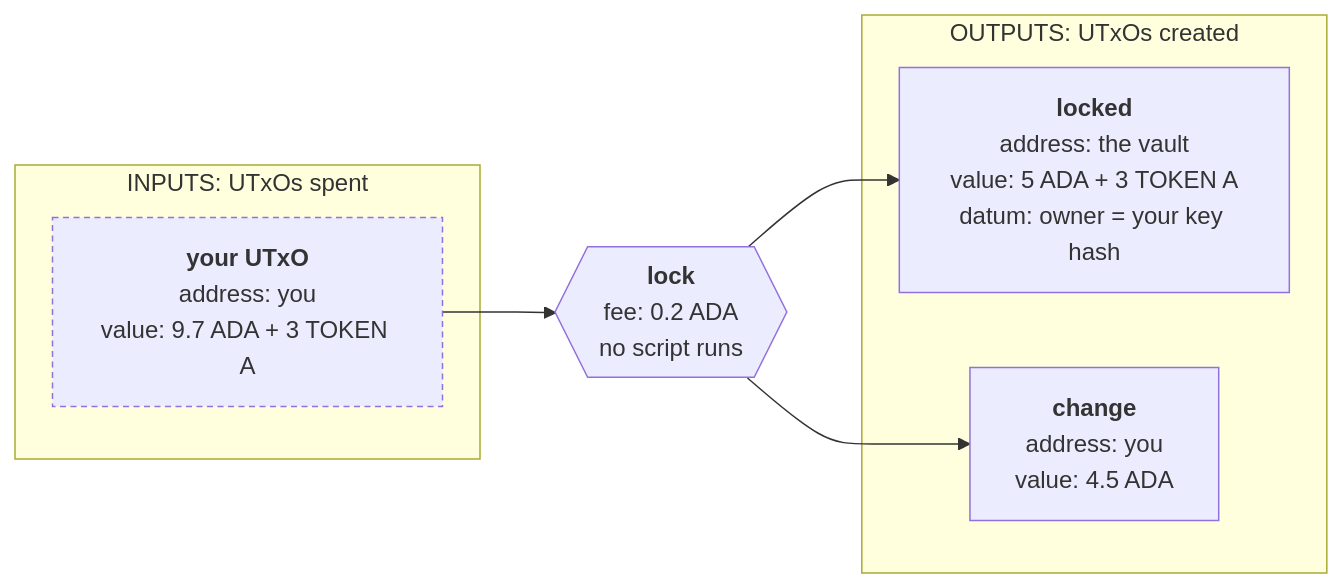
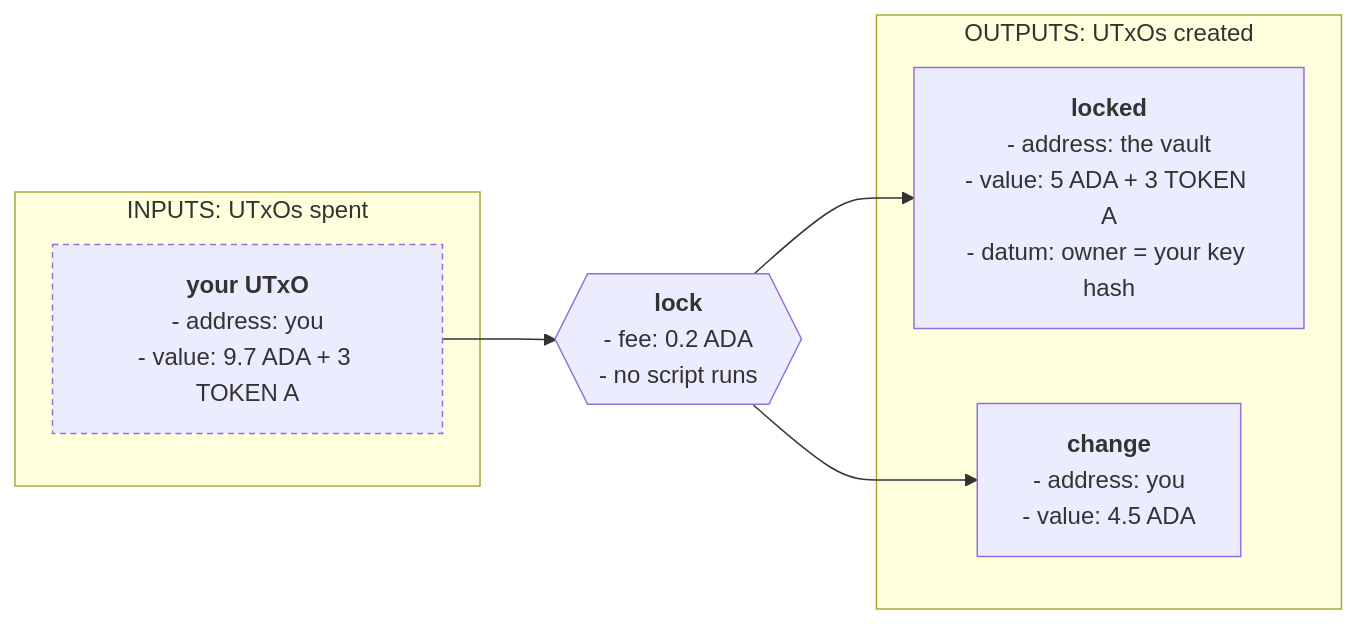
One commit to cardano-foundation/developer-portal changed the third of 6 diagrams in docs/developers/onboarding/lectures/intermediate/9-frontend-integration.md. Above: the diagram before and after it, drawn with Mermaid. The commit also changed other lines of this file and 8 other files, not shown here.

````diff
--- a/docs/developers/onboarding/lectures/intermediate/9-frontend-integration.md
+++ b/docs/developers/onboarding/lectures/intermediate/9-frontend-integration.md
@@ -242,27 +242,27 @@
 ```mermaid
 flowchart LR
     subgraph IN["INPUTS: UTxOs spent"]
         I["`**your UTxO**
-        address: you
-        value: 9.7 ADA + 3 TOKEN A`"]
+        - address: you
+        - value: 9.7 ADA + 3 TOKEN A`"]
     end
 
     TX{{"`**lock**
-    fee: 0.2 ADA
-    no script runs`"}}
+    - fee: 0.2 ADA
+    - no script runs`"}}
 
     subgraph OUT["OUTPUTS: UTxOs created"]
         O1["`**locked**
-        address: the vault
-        value: 5 ADA + 3 TOKEN A
-        datum: owner = your key hash`"]
+        - address: the vault
+        - value: 5 ADA + 3 TOKEN A
+        - datum: owner = your key hash`"]
         O2["`**change**
-        address: you
-        value: 4.5 ADA`"]
+        - address: you
+        - value: 4.5 ADA`"]
     end
 
     I --> TX --> O1
     TX --> O2
 
     style I stroke-dasharray:4 3
 ```
````
